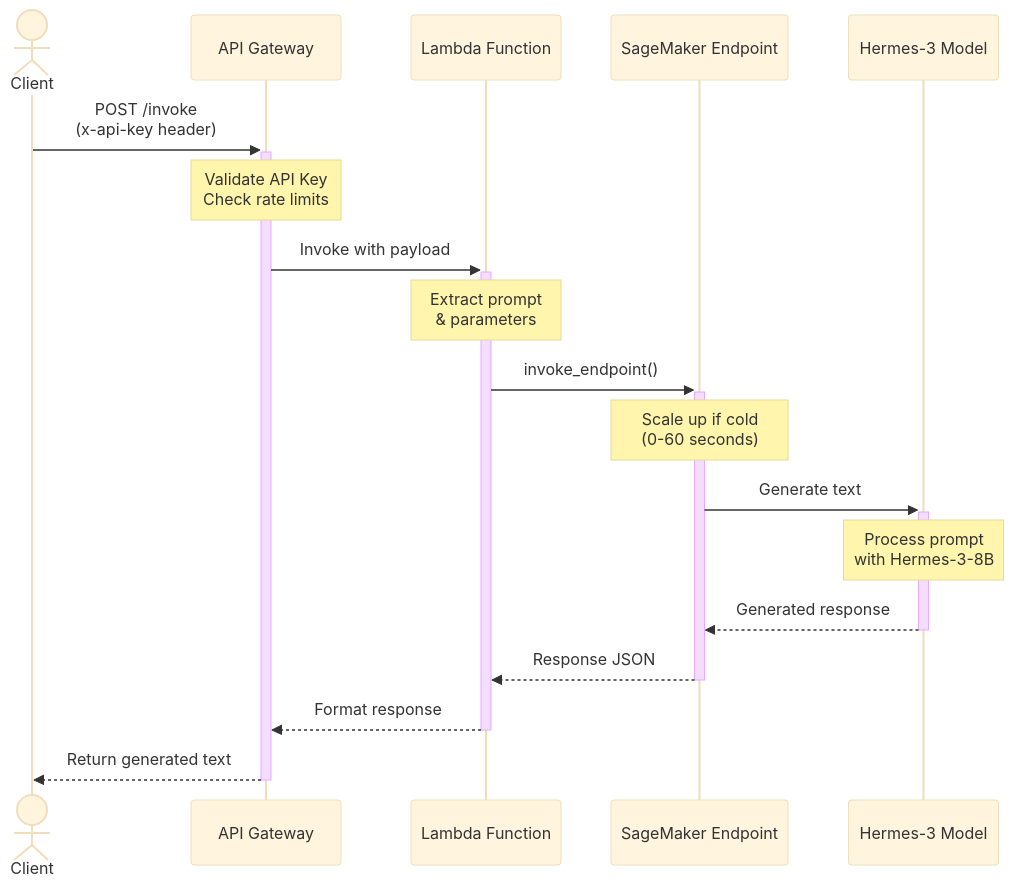
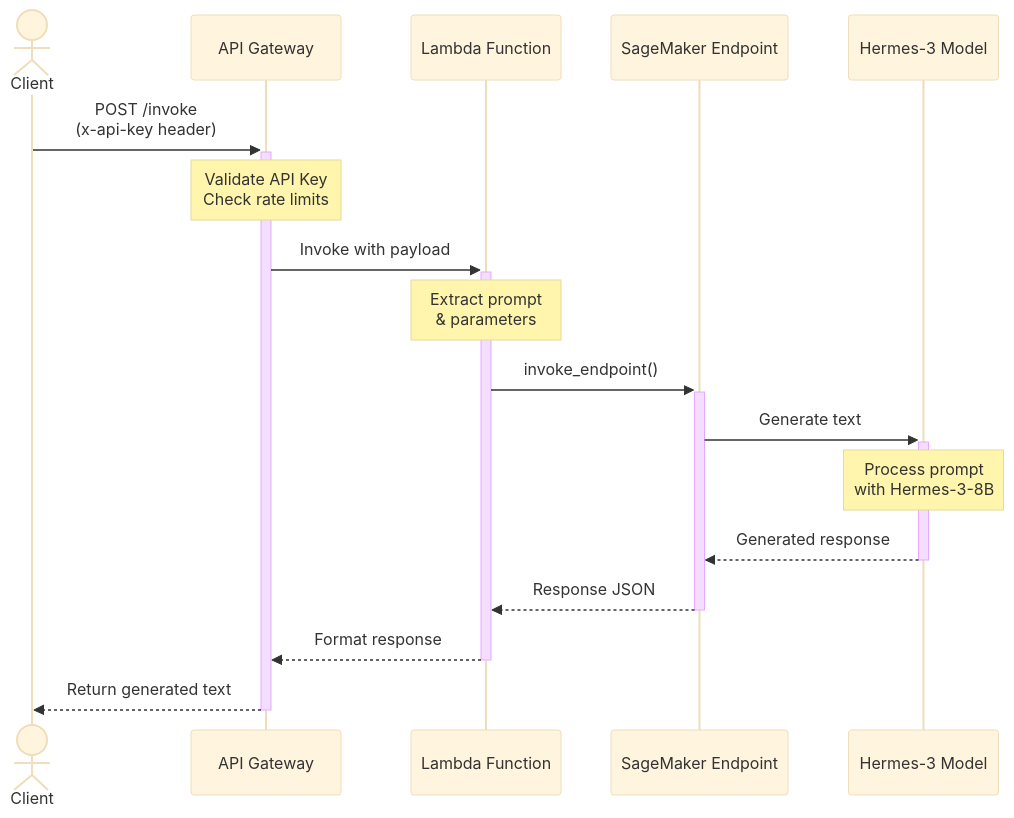
Before and after one commit to bayesjumping/slm_sagemaker: the second of 2 diagrams in readme.md, drawn with Mermaid (base theme). The commit also changed other lines of this file, not shown here.

Commit message:
feat: Remove cold start note and serverless alternative details from README for clarity

````diff
--- a/readme.md
+++ b/readme.md
@@ -44,21 +44,20 @@
 ```mermaid
 sequenceDiagram
     actor Client
     participant API as API Gateway
     participant Lambda as Lambda Function
     participant SageMaker as SageMaker Endpoint
     participant Model as Hermes-3 Model
 
     Client->>+API: POST /invoke<br/>(x-api-key header)
     Note over API: Validate API Key<br/>Check rate limits
     API->>+Lambda: Invoke with payload
     Note over Lambda: Extract prompt<br/>& parameters
     Lambda->>+SageMaker: invoke_endpoint()
-    Note over SageMaker: Scale up if cold<br/>(0-60 seconds)
     SageMaker->>+Model: Generate text
     Note over Model: Process prompt<br/>with Hermes-3-8B
     Model-->>-SageMaker: Generated response
     SageMaker-->>-Lambda: Response JSON
     Lambda-->>-API: Format response
     API-->>-Client: Return generated text
 ```
````
